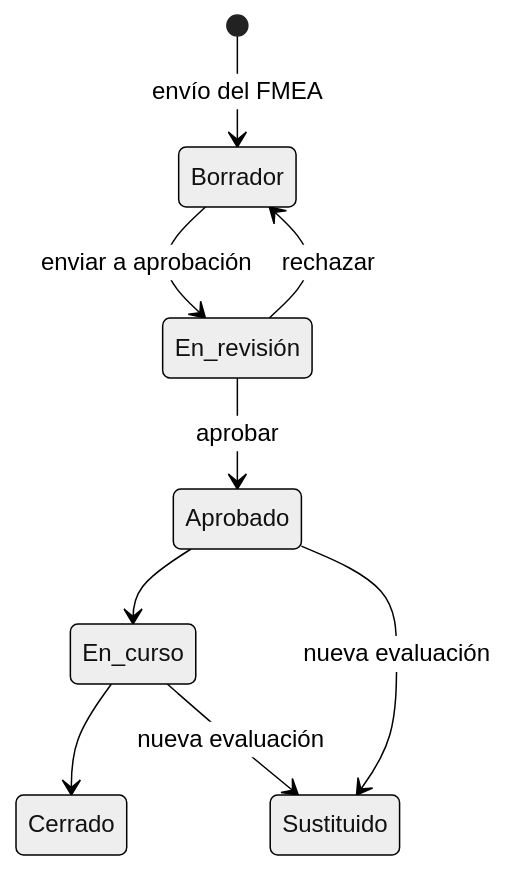
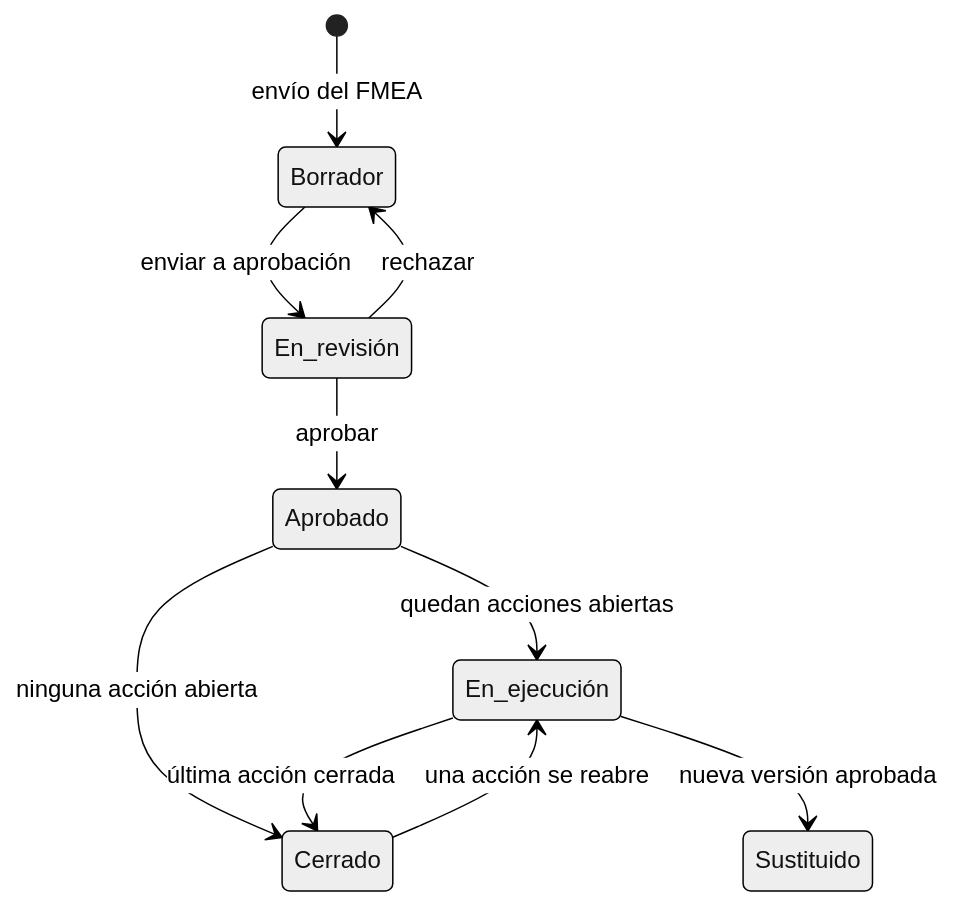
Before and after one commit to albarracingarciap/fluxion-saas: the diagram in docs/negocio/plan-de-tratamiento.md, drawn with Mermaid (neutral theme). The commit also changed other lines of this file and 29 other files, not shown here.

````diff
--- a/docs/negocio/plan-de-tratamiento.md
+++ b/docs/negocio/plan-de-tratamiento.md
@@ -64,11 +66,12 @@
 ```mermaid
 stateDiagram-v2
   [*] --> Borrador: envío del FMEA
   Borrador --> En_revisión: enviar a aprobación
   En_revisión --> Aprobado: aprobar
   En_revisión --> Borrador: rechazar
-  Aprobado --> En_curso
-  En_curso --> Cerrado
-  Aprobado --> Sustituido: nueva evaluación
-  En_curso --> Sustituido: nueva evaluación
+  Aprobado --> En_ejecución: quedan acciones abiertas
+  Aprobado --> Cerrado: ninguna acción abierta
+  En_ejecución --> Cerrado: última acción cerrada
+  Cerrado --> En_ejecución: una acción se reabre
+  En_ejecución --> Sustituido: nueva versión aprobada
 ```
````
